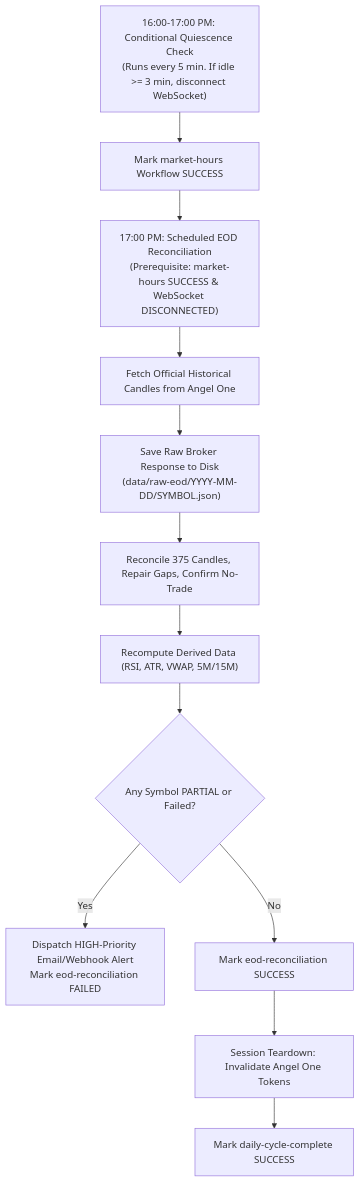
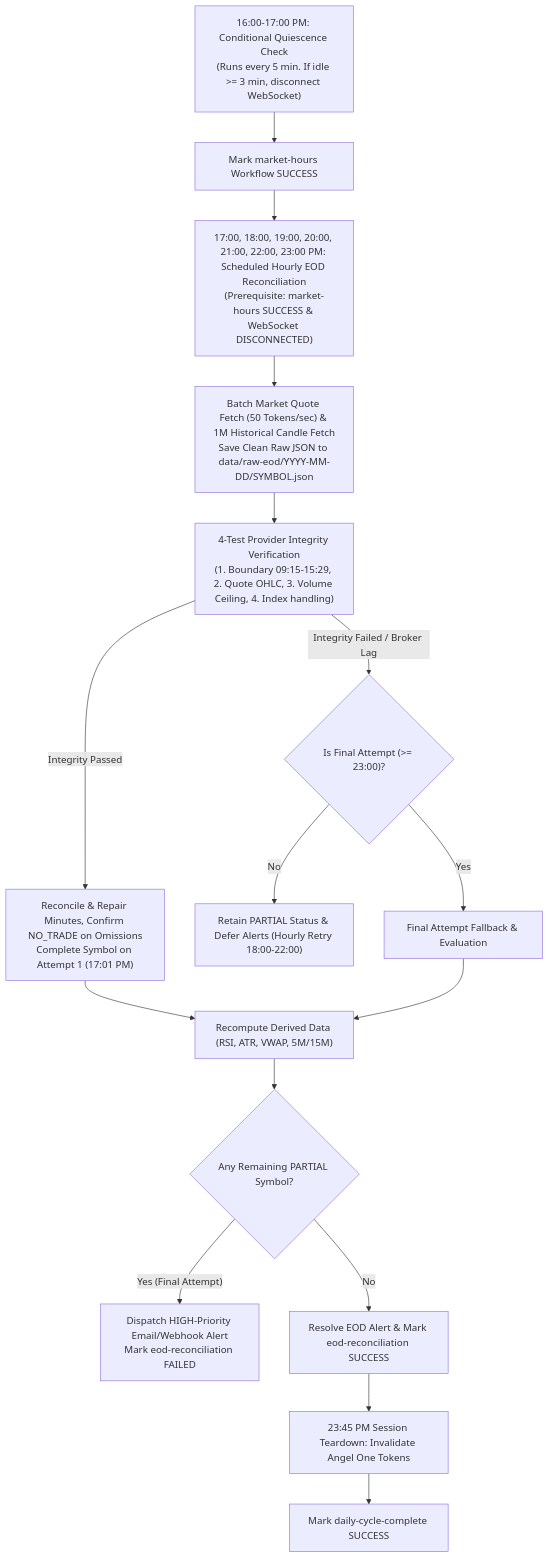
Before and after one commit to Nanivenky03/market-scanner: the fourth of 4 diagrams in project_workflow.md, drawn with Mermaid. The commit also changed other lines of this file and 48 other files, not shown here.

````diff
--- a/project_workflow.md
+++ b/project_workflow.md
@@ -197,14 +200,18 @@
 ```mermaid
 flowchart TD
     A["16:00-17:00 PM: Conditional Quiescence Check<br/>(Runs every 5 min. If idle >= 3 min, disconnect WebSocket)"] --> B["Mark market-hours Workflow SUCCESS"]
-    B --> C["17:00 PM: Scheduled EOD Reconciliation<br/>(Prerequisite: market-hours SUCCESS & WebSocket DISCONNECTED)"]
-    C --> D["Fetch Official Historical Candles from Angel One"]
-    D --> E["Save Raw Broker Response to Disk<br/>(data/raw-eod/YYYY-MM-DD/SYMBOL.json)"]
-    E --> F["Reconcile 375 Candles, Repair Gaps, Confirm No-Trade"]
-    F --> G["Recompute Derived Data (RSI, ATR, VWAP, 5M/15M)"]
-    G --> H{"Any Symbol PARTIAL or Failed?"}
-    H -- Yes --> I["Dispatch HIGH-Priority Email/Webhook Alert<br/>Mark eod-reconciliation FAILED"]
-    H -- No --> J["Mark eod-reconciliation SUCCESS"]
-    J --> K["Session Teardown: Invalidate Angel One Tokens"]
-    K --> L["Mark daily-cycle-complete SUCCESS"]
+    B --> C["17:00, 18:00, 19:00, 20:00, 21:00, 22:00, 23:00 PM: Scheduled Hourly EOD Reconciliation<br/>(Prerequisite: market-hours SUCCESS & WebSocket DISCONNECTED)"]
+    C --> D["Batch Market Quote Fetch (50 Tokens/sec) & 1M Historical Candle Fetch<br/>Save Clean Raw JSON to data/raw-eod/YYYY-MM-DD/SYMBOL.json"]
+    D --> E["4-Test Provider Integrity Verification<br/>(1. Boundary 09:15-15:29, 2. Quote OHLC, 3. Volume Ceiling, 4. Index handling)"]
+    E -- Integrity Passed --> F["Reconcile & Repair Minutes, Confirm NO_TRADE on Omissions<br/>Complete Symbol on Attempt 1 (17:01 PM)"]
+    E -- Integrity Failed / Broker Lag --> G{"Is Final Attempt (>= 23:00)?"}
+    G -- No --> H["Retain PARTIAL Status & Defer Alerts (Hourly Retry 18:00-22:00)"]
+    G -- Yes --> I["Final Attempt Fallback & Evaluation"]
+    F --> J["Recompute Derived Data (RSI, ATR, VWAP, 5M/15M)"]
+    I --> J
+    J --> K{"Any Remaining PARTIAL Symbol?"}
+    K -- Yes (Final Attempt) --> L["Dispatch HIGH-Priority Email/Webhook Alert<br/>Mark eod-reconciliation FAILED"]
+    K -- No --> M["Resolve EOD Alert & Mark eod-reconciliation SUCCESS"]
+    M --> N["23:45 PM Session Teardown: Invalidate Angel One Tokens"]
+    N --> O["Mark daily-cycle-complete SUCCESS"]
 ```
````
